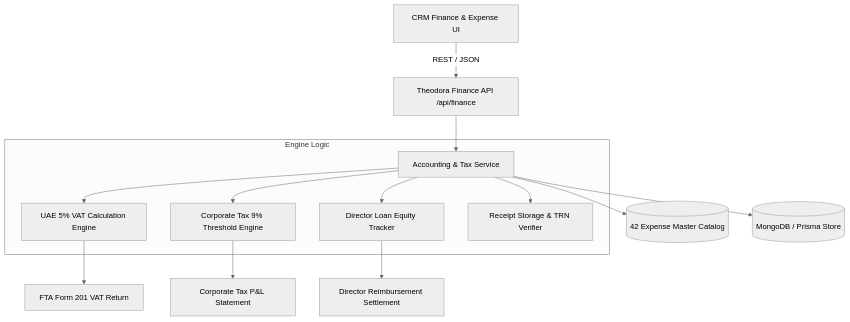
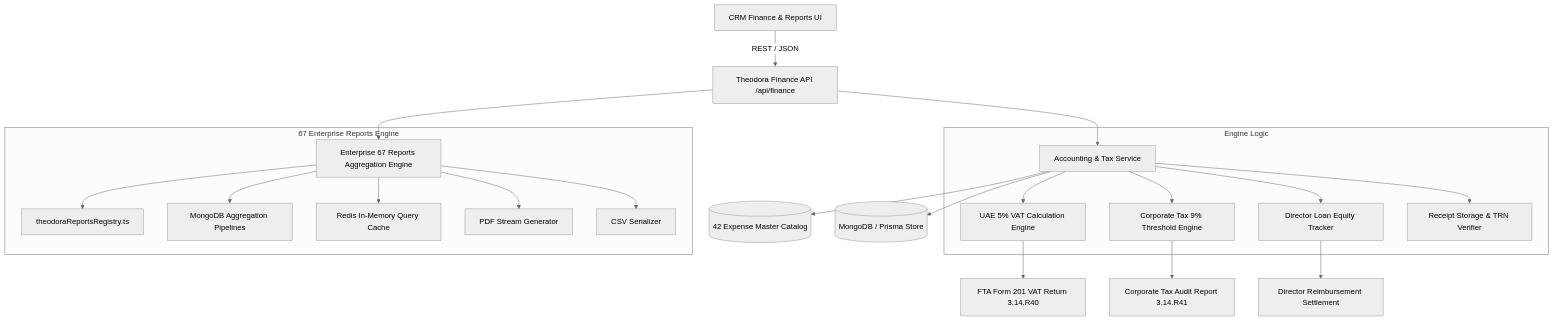
The first of 2 diagrams in docs/software_docs/02_software_design/sdd_theodora_finance_accounting.md (arslan9024/White-Caves), drawn with Mermaid (neutral theme) before and after one commit. The commit also changed other lines of this file and 11 other files, not shown here.

Commit message:
feat(theodora): Turn 74 - complete 67 enterprise reports engine, Zoho-style explorer, SRS & SDD expansion

````diff
--- a/docs/software_docs/02_software_design/sdd_theodora_finance_accounting.md
+++ b/docs/software_docs/02_software_design/sdd_theodora_finance_accounting.md
@@ -13,18 +13,27 @@
 ```mermaid
 flowchart TD
-    UI[CRM Finance & Expense UI] -->|REST / JSON| API[Theodora Finance API /api/finance]
+    UI[CRM Finance & Reports UI] -->|REST / JSON| API[Theodora Finance API /api/finance]
     API --> Service[Accounting & Tax Service]
+    API --> RepEngine[Enterprise 67 Reports Aggregation Engine]
     Service --> SchemaMaster[(42 Expense Master Catalog)]
     Service --> DB[(MongoDB / Prisma Store)]
     
     subgraph Engine Logic
         Service --> CalcVAT[UAE 5% VAT Calculation Engine]
         Service --> CalcCT[Corporate Tax 9% Threshold Engine]
         Service --> LoanLedger[Director Loan Equity Tracker]
         Service --> AuditOCR[Receipt Storage & TRN Verifier]
     end
     
-    CalcVAT --> OutputVATReport[FTA Form 201 VAT Return]
-    CalcCT --> CTReport[Corporate Tax P&L Statement]
+    subgraph 67 Enterprise Reports Engine
+        RepEngine --> RepRegistry[theodoraReportsRegistry.ts]
+        RepEngine --> AggPipeline[MongoDB Aggregation Pipelines]
+        RepEngine --> CacheLayer[Redis In-Memory Query Cache]
+        RepEngine --> PDFExport[PDF Stream Generator]
+        RepEngine --> CSVExport[CSV Serializer]
+    end
+
+    CalcVAT --> OutputVATReport[FTA Form 201 VAT Return 3.14.R40]
+    CalcCT --> CTReport[Corporate Tax Audit Report 3.14.R41]
     LoanLedger --> WioReimburse[Director Reimbursement Settlement]
 ```
````
